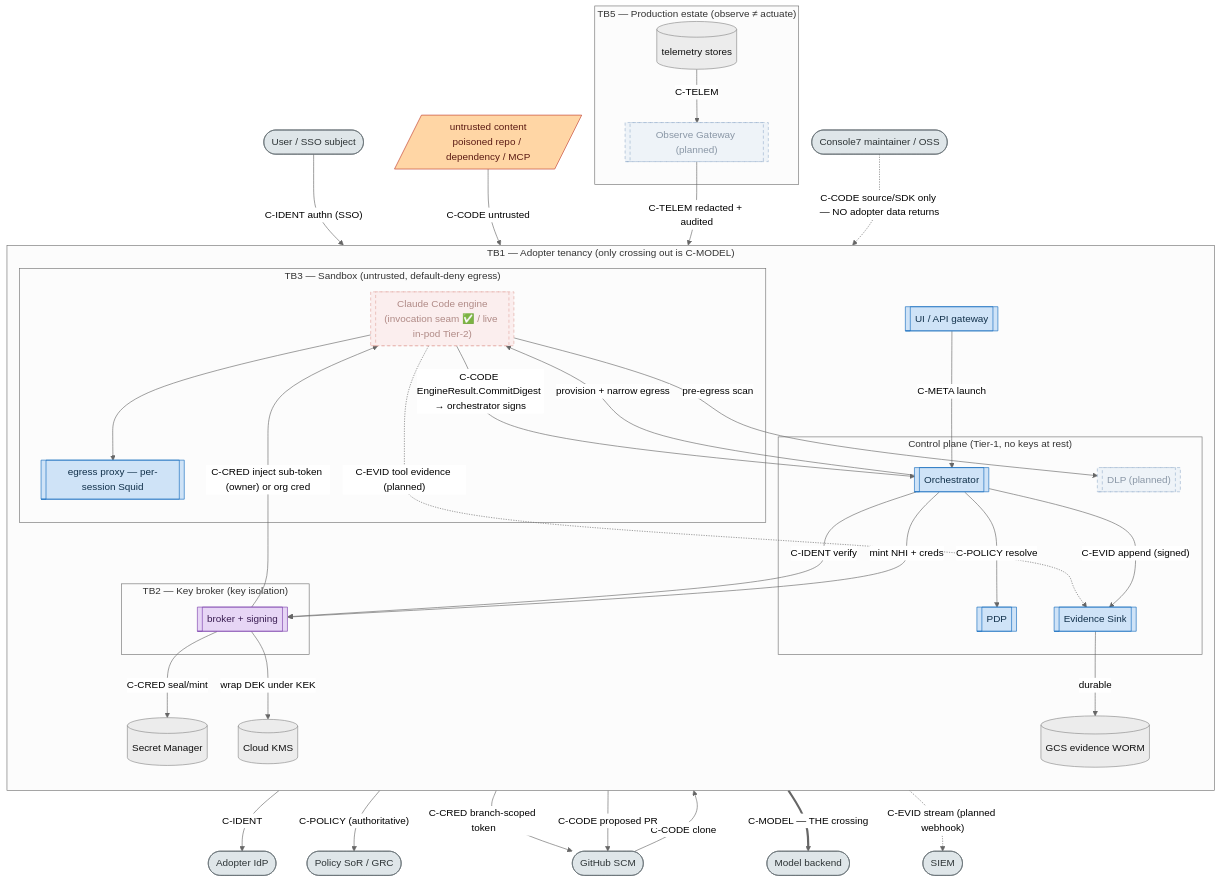
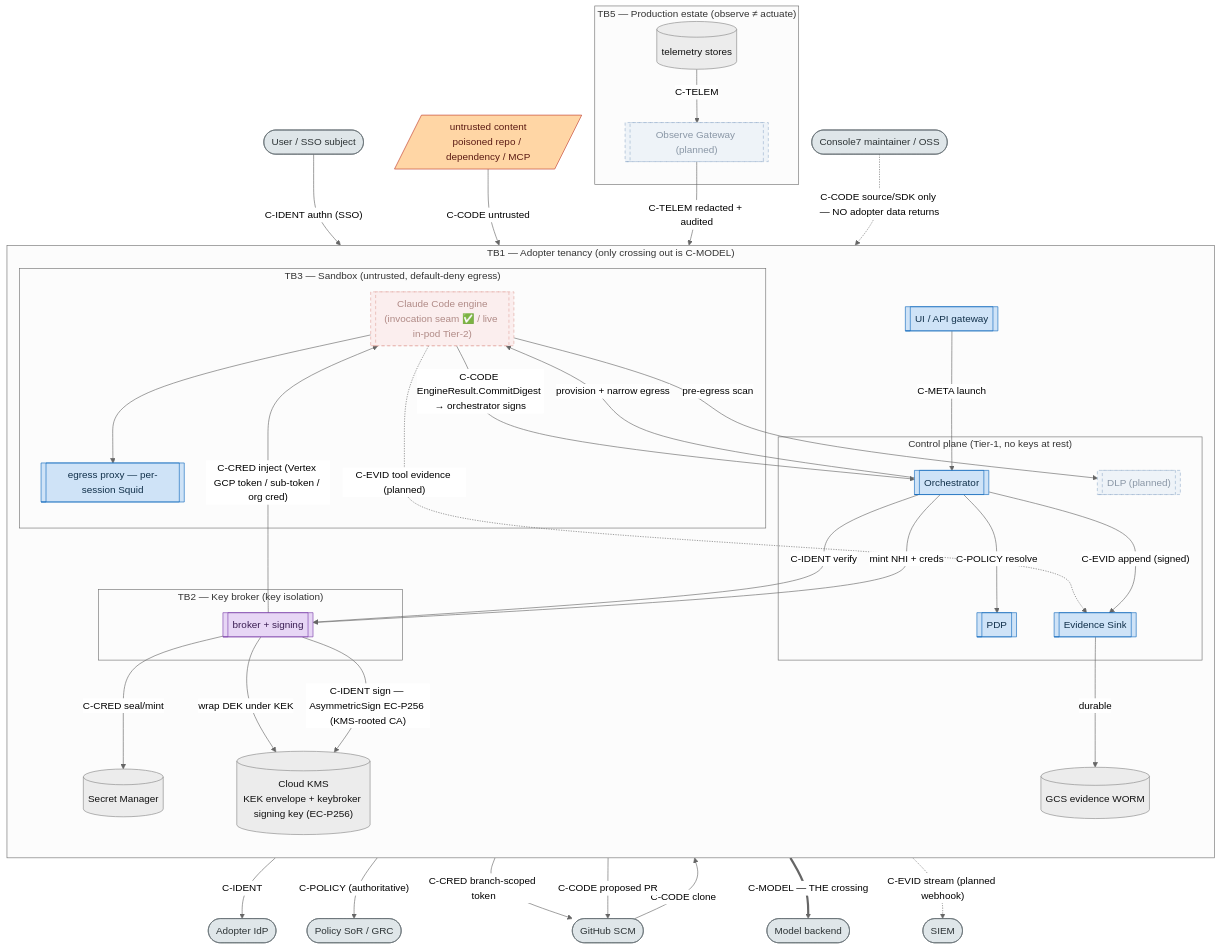
The diagram in docs/architecture/06-data-flow-trust-boundaries.md (console7/console7), drawn with Mermaid (neutral theme) before and after one commit. The commit also changed other lines of this file and 6 other files, not shown here.

````diff
--- a/docs/architecture/06-data-flow-trust-boundaries.md
+++ b/docs/architecture/06-data-flow-trust-boundaries.md
@@ -26,80 +26,81 @@
 ```mermaid
 flowchart TB
   USER([User / SSO subject])
   UNTRUST[/"untrusted content<br/>poisoned repo / dependency / MCP"/]
   IDP([Adopter IdP])
   GH([GitHub SCM])
   SORX([Policy SoR / GRC])
   SIEMX([SIEM])
   MODEL([Model backend])
   MAINT([Console7 maintainer / OSS])
 
   subgraph TEN["TB1 — Adopter tenancy (only crossing out is C-MODEL)"]
     direction TB
     UI[["UI / API gateway"]]
     subgraph CPZ["Control plane (Tier-1, no keys at rest)"]
       ORC[["Orchestrator"]]
       PDPp[["PDP"]]
       EVp[["Evidence Sink"]]
       DLPp[["DLP (planned)"]]
     end
     subgraph KBZ["TB2 — Key broker (key isolation)"]
       BRKp[["broker + signing"]]
     end
     subgraph DPZ["TB3 — Sandbox (untrusted, default-deny egress)"]
       ENGp[["Claude Code engine<br/>(invocation seam ✅ #47; live in-pod Tier-2)"]]
       PRX[["egress proxy — per-session Squid"]]
     end
     SMs[("Secret Manager")]
-    KMSs[("Cloud KMS")]
+    KMSs[("Cloud KMS<br/>KEK envelope + keybroker signing key (EC-P256)")]
     EVs[("GCS evidence WORM")]
   end
 
   subgraph PROD["TB5 — Production estate (observe ≠ actuate)"]
     OGp[["Observe Gateway (planned)"]]
     TELs[("telemetry stores")]
   end
 
   USER -->|"C-IDENT authn (SSO)"| UI
   UI -->|"C-META launch"| ORC
   ORC -->|"C-IDENT verify"| BRKp
   BRKp -->|"C-IDENT"| IDP
   ORC -->|"C-POLICY resolve"| PDPp
   PDPp -->|"C-POLICY (authoritative)"| SORX
   ORC -->|"mint NHI + creds"| BRKp
   BRKp -->|"C-CRED seal/mint"| SMs
   BRKp -->|"wrap DEK under KEK"| KMSs
+  BRKp -->|"C-IDENT sign — AsymmetricSign EC-P256 (KMS-rooted CA)"| KMSs
   BRKp -->|"C-CRED branch-scoped token"| GH
   ORC -->|"provision + narrow egress"| ENGp
-  BRKp -->|"C-CRED inject sub-token (owner) or org cred"| ENGp
+  BRKp -->|"C-CRED inject (Vertex GCP token / sub-token / org cred)"| ENGp
   UNTRUST -->|"C-CODE untrusted"| ENGp
   GH -->|"C-CODE clone"| ENGp
   ENGp --> PRX
   PRX ==>|"C-MODEL — THE crossing"| MODEL
   ENGp -->|"C-CODE proposed PR"| GH
   ENGp -->|"C-CODE EngineResult.CommitDigest &rarr; orchestrator signs"| ORC
   ENGp -.->|"C-EVID tool evidence (planned)"| EVp
   ENGp -->|"pre-egress scan"| DLPp
   ORC -->|"C-EVID append (signed)"| EVp
   EVp -->|"durable"| EVs
   EVp -.->|"C-EVID stream (planned webhook)"| SIEMX
   TELs -->|"C-TELEM"| OGp
   OGp -->|"C-TELEM redacted + audited"| ORC
   MAINT -.->|"C-CODE source/SDK only — NO adopter data returns"| TEN
 
   classDef proc fill:#cfe3f7,stroke:#1168bd,color:#11304a;
   classDef procPlan fill:#eef3f8,stroke:#9bb3cf,color:#8a97a6,stroke-dasharray:5 4;
   classDef broker fill:#e7d6f5,stroke:#7b3fab,color:#3a1d52;
   classDef dpPlan fill:#fbeeee,stroke:#e2a7a1,color:#b08a86,stroke-dasharray:5 4;
   classDef store fill:#ececec,stroke:#888,color:#111;
   classDef ext fill:#dfe6e9,stroke:#636e72,color:#2d3436;
   classDef danger fill:#ffd6a5,stroke:#c0392b,color:#5b1b14;
   %% faded + dashed = target state (not yet coded & landed); solid = implemented & landed
   class UI,ORC,PDPp,EVp,PRX proc;
   class DLPp,OGp procPlan;
   class BRKp broker;
   class ENGp dpPlan;
   class SMs,KMSs,EVs,TELs store;
   class USER,IDP,GH,SORX,SIEMX,MODEL,MAINT ext;
   class UNTRUST danger;
 ```
````
